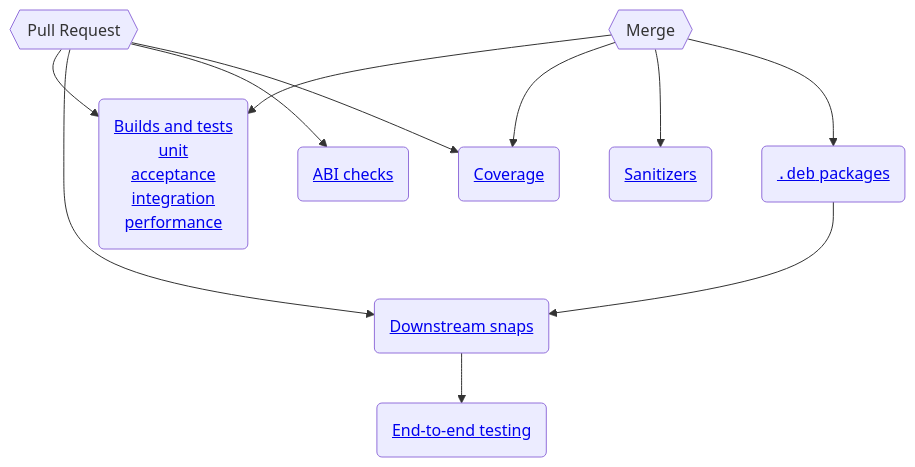
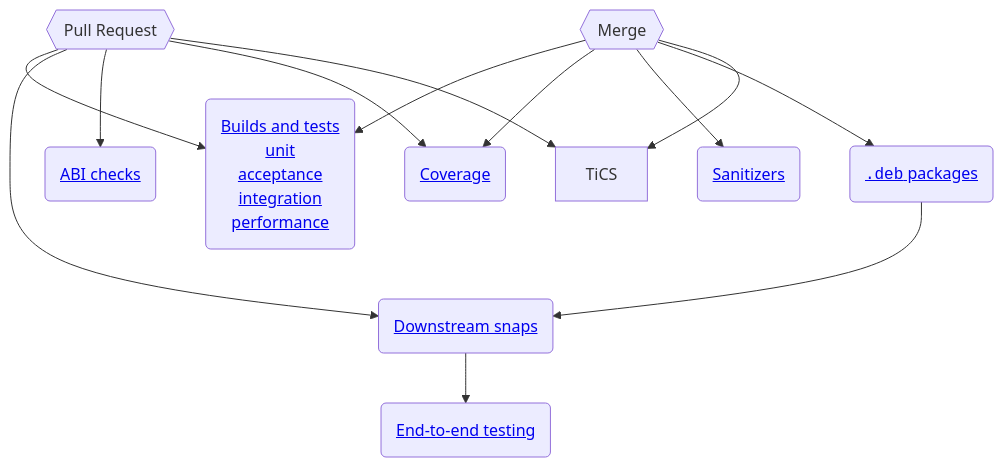
The diagram in doc/sphinx/contributing/reference/continuous-integration.mmd (canonical/mir), drawn with Mermaid before and after one commit. The commit also changed 1 other file, not shown here.

```diff
--- a/doc/sphinx/contributing/reference/continuous-integration.mmd
+++ b/doc/sphinx/contributing/reference/continuous-integration.mmd
@@ -1,15 +1,17 @@
 flowchart TD
     PR{{Pull Request}} --> Builds(<a href="#mir-builds">Builds and tests</a>
                                   <a href="#unit-tests">unit</a>
                                   <a href="#acceptance-tests">acceptance</a>
                                   <a href="#integration-tests">integration</a>
                                   <a href="#performance-and-smoke-tests">performance</a>)
     PR --> Snaps(<a href="#downstream-snap-builds">Downstream snaps</a>)
     PR --> ABI(<a href="#abi-checks">ABI checks</a>)
     PR --> Coverage(<a href="#coverage-measurement">Coverage</a>)
+    PR --> TiCS
     Merge{{Merge}} --> Builds
     Merge --> Coverage
     Merge --> Sanitizers(<a href="#sanitizer-runs">Sanitizers</a>)
     Merge --> PPA(<a href="#deb-package-builds"><tt>.deb</tt> packages</a>)
+    Merge --> TiCS
     PPA --> Snaps
     Snaps --> EndToEnd(<a href="#end-to-end-testing">End-to-end testing</a>)
```
